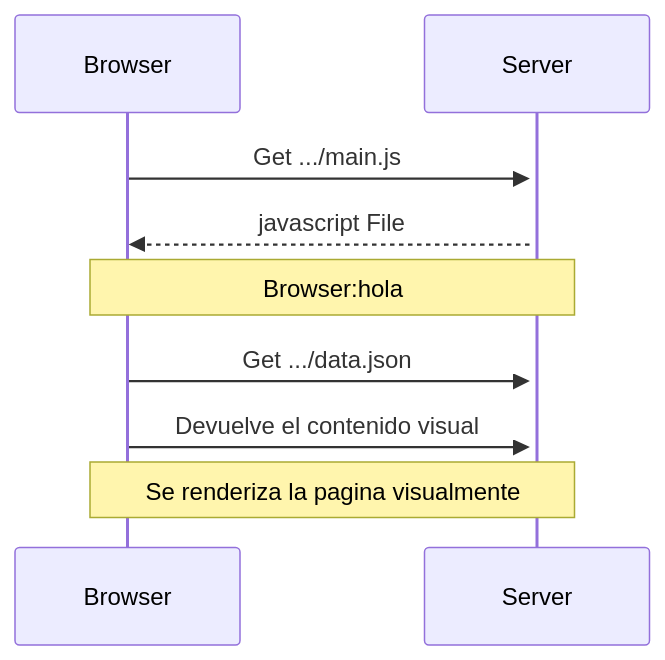
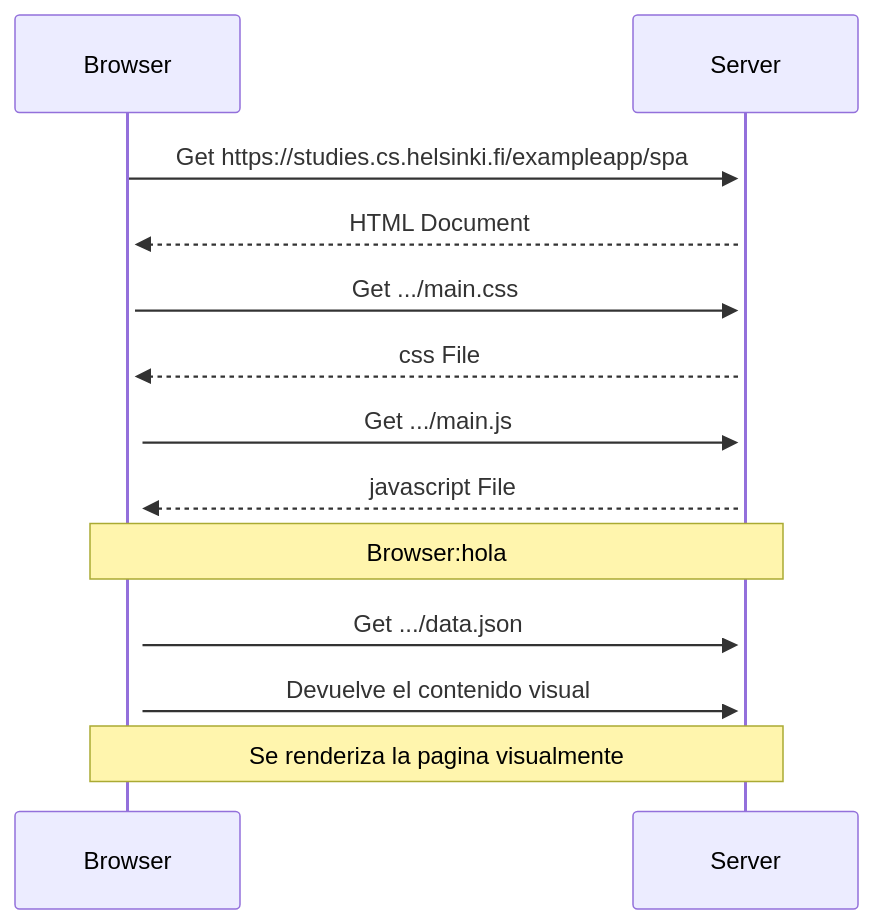
The diagram in graficoOS0.md (oeajcarlos/graficotarea), drawn with Mermaid before and after one commit. The commit also changed other lines of this file, not shown here.

````diff
--- a/graficoOS0.md
+++ b/graficoOS0.md
@@ -3,12 +3,14 @@
 ```mermaid
 sequenceDiagram
 
-
-
+Browser->>+Server:Get https://studies.cs.helsinki.fi/exampleapp/spa;
+Server-->>+Browser:HTML Document;
+Browser->>+Server:Get .../main.css;
+Server-->>+Browser: css File;
 Browser->>+Server:Get .../main.js;
 Server-->>Browser: javascript File;
 Note over Browser,Server: Browser:hola
 Browser->>+Server:Get .../data.json;
 Browser->>+Server:Devuelve el contenido visual;
 Note over Browser,Server: Se renderiza la pagina visualmente
 ```
````
